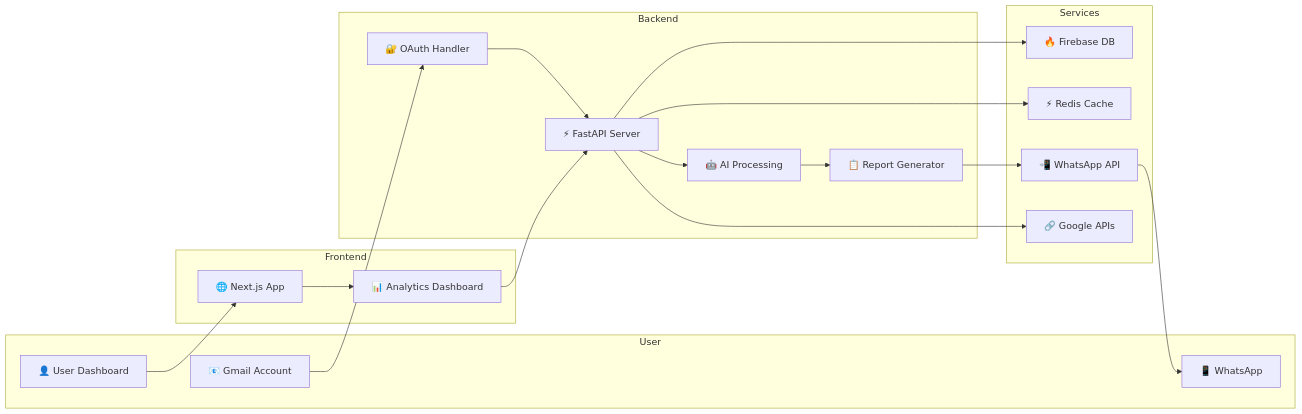
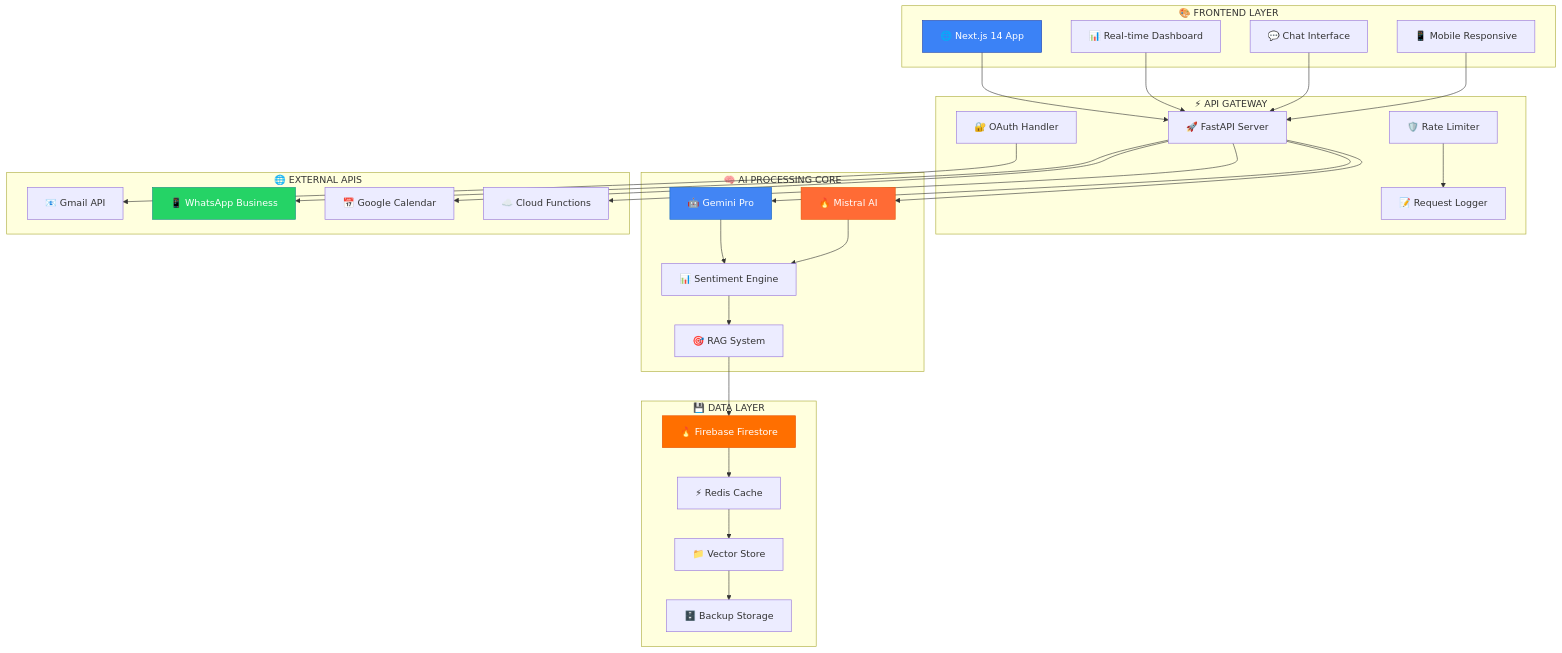
Before and after one commit to auraCodesKM/kavin: the first of 2 diagrams in README.md, drawn with Mermaid. The commit also changed other lines of this file, not shown here.

````diff
--- a/README.md
+++ b/README.md
@@ -68,40 +202,66 @@
 ```mermaid
-flowchart LR
-    subgraph User
-        U[👤 User Dashboard]
-        Gmail[📧 Gmail Account]
-        WhatsApp[📱 WhatsApp]
+graph TB
+    subgraph "🎨 FRONTEND LAYER"
+        A[🌐 Next.js 14 App]
+        B[📊 Real-time Dashboard]
+        C[💬 Chat Interface]
+        D[📱 Mobile Responsive]
     end
     
-    subgraph Frontend
-        FE[🌐 Next.js App]
-        Dashboard[📊 Analytics Dashboard]
+    subgraph "⚡ API GATEWAY"
+        E[🚀 FastAPI Server]
+        F[🔐 OAuth Handler]
+        G[🛡️ Rate Limiter]
+        H[📝 Request Logger]
     end
     
-    subgraph Backend
-        API[⚡ FastAPI Server]
-        Auth[🔐 OAuth Handler]
-        AI[🤖 AI Processing]
-        Reports[📋 Report Generator]
+    subgraph "🧠 AI PROCESSING CORE"
+        I[🤖 Gemini Pro]
+        J[🔥 Mistral AI]
+        K[📊 Sentiment Engine]
+        L[🎯 RAG System]
     end
     
-    subgraph Services
-        Firebase[🔥 Firebase DB]
-        Redis[⚡ Redis Cache]
-        Twilio[📲 WhatsApp API]
-        GoogleAPI[🔗 Google APIs]
+    subgraph "💾 DATA LAYER"
+        M[🔥 Firebase Firestore]
+        N[⚡ Redis Cache]
+        O[📁 Vector Store]
+        P[🗄️ Backup Storage]
     end
     
-    Gmail --> Auth
-    Auth --> API
-    API --> AI
-    AI --> Reports
-    Reports --> Twilio
-    Twilio --> WhatsApp
-    U --> FE
-    FE --> Dashboard
-    Dashboard --> API
-    API --> Firebase
-    API --> Redis
-    API --> GoogleAPI
+    subgraph "🌐 EXTERNAL APIS"
+        Q[📧 Gmail API]
+        R[📱 WhatsApp Business]
+        S[📅 Google Calendar]
+        T[☁️ Cloud Functions]
+    end
+    
+    A --> E
+    B --> E
+    C --> E
+    D --> E
+    
+    E --> I
+    E --> J
+    F --> Q
+    G --> H
+    
+    I --> K
+    J --> K
+    K --> L
+    L --> M
+    
+    M --> N
+    N --> O
+    O --> P
+    
+    E --> R
+    E --> S
+    E --> T
+    
+    style A fill:#3B82F6,stroke:#1E40AF,color:#fff
+    style I fill:#4285F4,stroke:#1565C0,color:#fff
+    style J fill:#FF6B35,stroke:#E65100,color:#fff
+    style M fill:#FF6F00,stroke:#E65100,color:#fff
+    style R fill:#25D366,stroke:#128C7E,color:#fff
 ```
````
